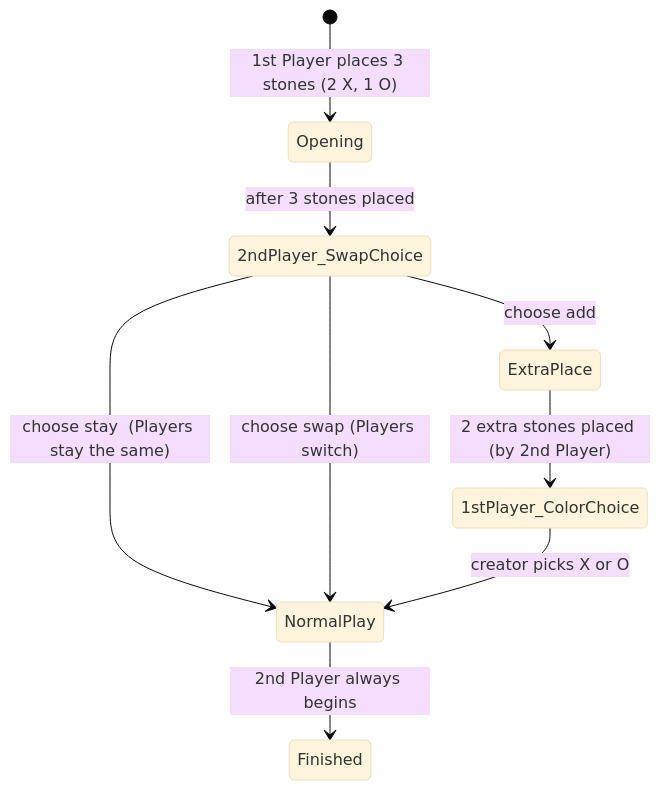
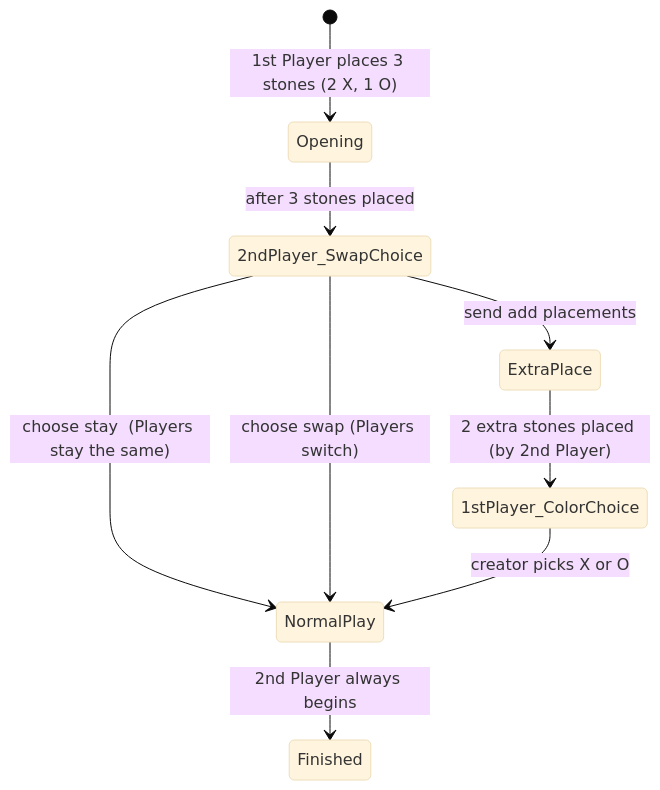
The diagram in readme.md (tibfox/okinoko-in_a_row), drawn with Mermaid (base theme) before and after one commit. The commit also changed other lines of this file and 13 other files, not shown here.

````diff
--- a/readme.md
+++ b/readme.md
@@ -163,11 +163,11 @@
 ```mermaid
 stateDiagram-v2
     [*] --> Opening: 1st Player places 3 stones (2 X, 1 O)
     Opening --> 2ndPlayer_SwapChoice: after 3 stones placed
     2ndPlayer_SwapChoice --> NormalPlay: choose stay  (Players stay the same)
-    2ndPlayer_SwapChoice --> ExtraPlace: choose add
+    2ndPlayer_SwapChoice --> ExtraPlace: send add placements
     2ndPlayer_SwapChoice --> NormalPlay: choose swap (Players switch)
     ExtraPlace --> 1stPlayer_ColorChoice: 2 extra stones placed (by 2nd Player)
     1stPlayer_ColorChoice --> NormalPlay: creator picks X or O
     NormalPlay --> Finished: 2nd Player always begins
 ```
````
